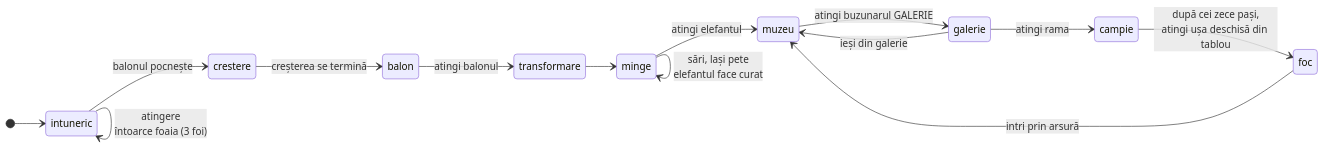
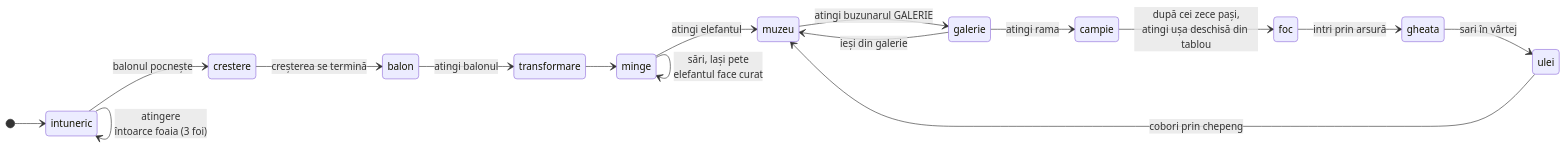
One commit to Whit3G9dNess/Viata-dintr-o-atingere changed the second of 10 diagrams in ARCHITECTURE.md. Above: the diagram before and after it, drawn with Mermaid. The commit also changed other lines of this file and 16 other files, not shown here.

````diff
--- a/ARCHITECTURE.md
+++ b/ARCHITECTURE.md
@@ -51,17 +51,19 @@
 ```mermaid
 stateDiagram-v2
   direction LR
   [*] --> intuneric
   intuneric --> intuneric : atingere<br/>întoarce foaia (3 foi)
   intuneric --> crestere : balonul pocnește
   crestere --> balon : creșterea se termină
   balon --> transformare : atingi balonul
   transformare --> minge
   minge --> minge : sări, lași pete<br/>elefantul face curat
   minge --> muzeu : atingi elefantul
   muzeu --> galerie : atingi buzunarul GALERIE
   galerie --> campie : atingi rama
   campie --> foc : după cei zece pași,<br/>atingi ușa deschisă din tablou
-  foc --> muzeu : intri prin arsură
+  foc --> gheata : intri prin arsură
+  gheata --> ulei : sari în vârtej
+  ulei --> muzeu : cobori prin chepeng
   galerie --> muzeu : ieși din galerie
 ```
````
